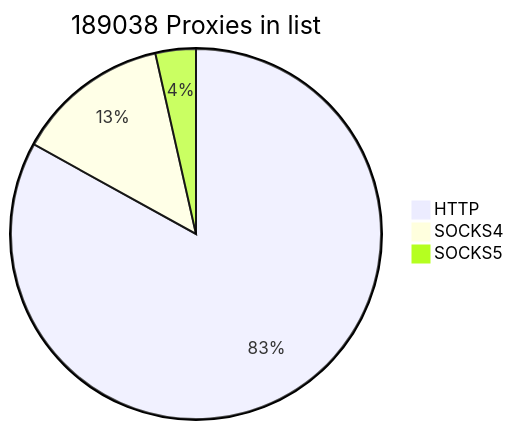
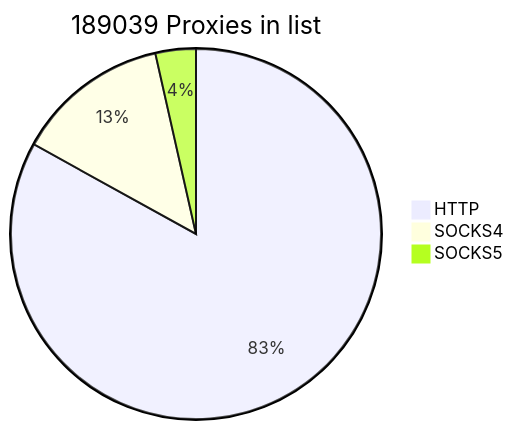
Before and after one commit to cutipu/proxylist: the first of 2 diagrams in README.md, drawn with Mermaid. The commit also changed other lines of this file, not shown here.

````diff
--- a/README.md
+++ b/README.md
@@ -2,7 +2,7 @@
 ```mermaid
-pie title 189038 Proxies in list
-    "HTTP" : 156980
+pie title 189039 Proxies in list
+    "HTTP" : 156981
     "SOCKS4" : 25392
     "SOCKS5" : 6666
             
 ```
````
